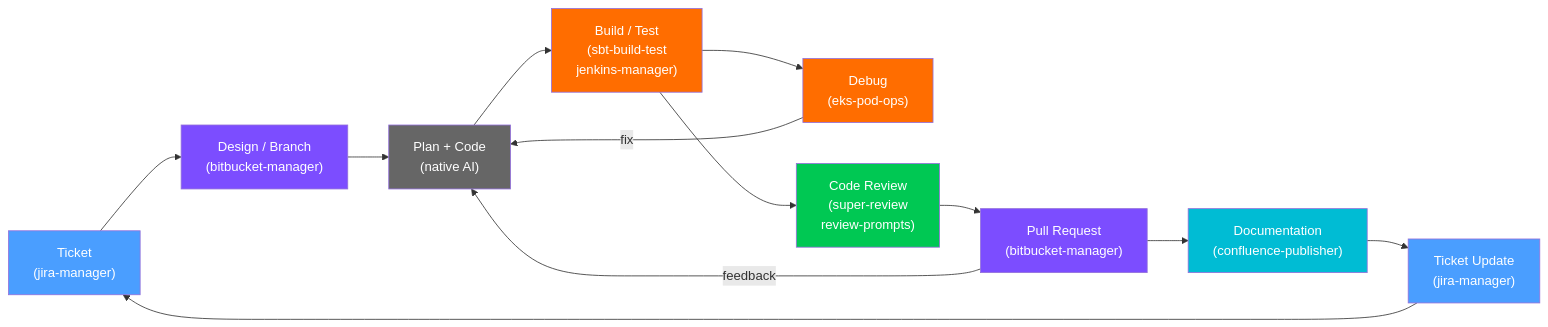
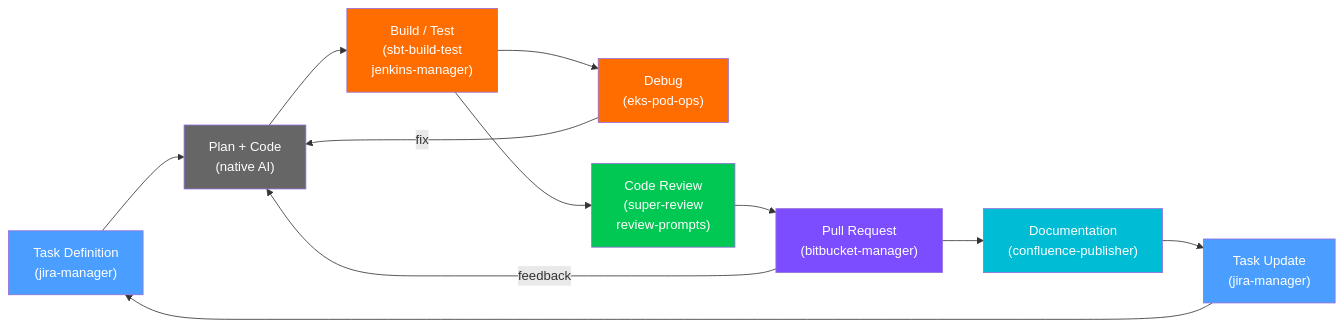
Before and after one commit to sagy101/DotSkills: the diagram in README.md, drawn with Mermaid. The commit also changed other lines of this file, not shown here.

Commit message:
Rename Ticket to Task Definition, move Bitbucket to Pull Request stage
- Ticket → Task Definition (better describes the stage purpose)
- Bitbucket is a PR tool, not a design tool — moved to its own
  Pull Request stage between Code Review and Documentation
- Removed the now-empty Design stage from the Mermaid diagram

https://claude.ai/code/session_01YbfJM2j3XwCzhZeXtegwri

````diff
--- a/README.md
+++ b/README.md
@@ -12,40 +12,37 @@
 ```mermaid
 flowchart LR
-    Ticket["Ticket
+    Task["Task Definition
     (jira-manager)"]
-    Design["Design / Branch
-    (bitbucket-manager)"]
     Plan["Plan + Code
     (native AI)"]
     Build["Build / Test
     (sbt-build-test
     jenkins-manager)"]
     Debug["Debug
     (eks-pod-ops)"]
     Review["Code Review
     (super-review
     review-prompts)"]
     PR["Pull Request
     (bitbucket-manager)"]
     Docs["Documentation
     (confluence-publisher)"]
-    Update["Ticket Update
+    Update["Task Update
     (jira-manager)"]
 
-    Ticket --> Design --> Plan --> Build
+    Task --> Plan --> Build
     Build --> Debug
     Debug -->|fix| Plan
     Build --> Review --> PR
     PR -->|feedback| Plan
-    PR --> Docs --> Update --> Ticket
+    PR --> Docs --> Update --> Task
 
-    style Ticket fill:#4a9eff,color:#fff
-    style Design fill:#7c4dff,color:#fff
+    style Task fill:#4a9eff,color:#fff
     style Plan fill:#666,color:#fff
     style Build fill:#ff6d00,color:#fff
     style Debug fill:#ff6d00,color:#fff
     style Review fill:#00c853,color:#fff
     style PR fill:#7c4dff,color:#fff
     style Docs fill:#00bcd4,color:#fff
     style Update fill:#4a9eff,color:#fff
 ```
````
